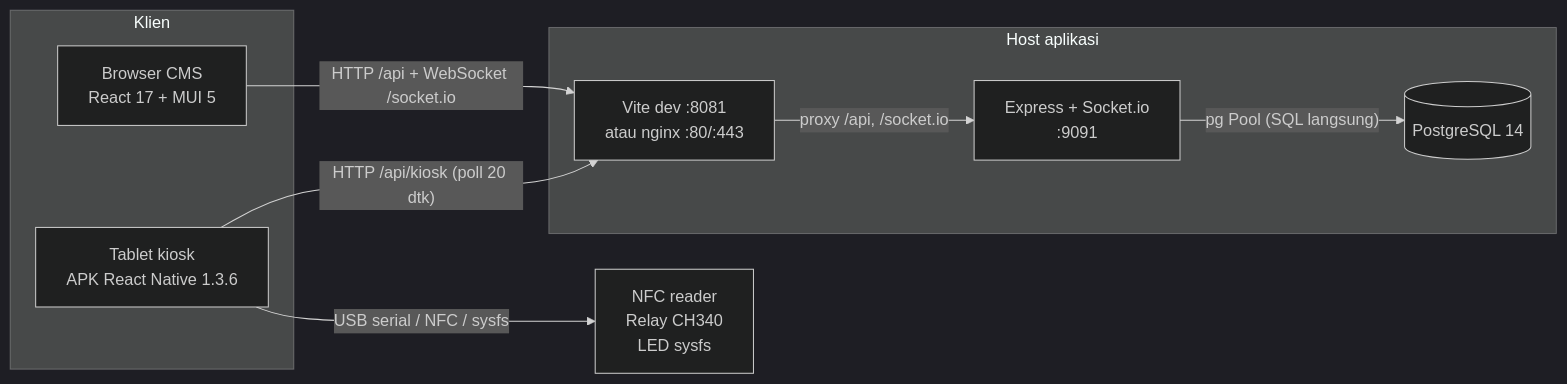
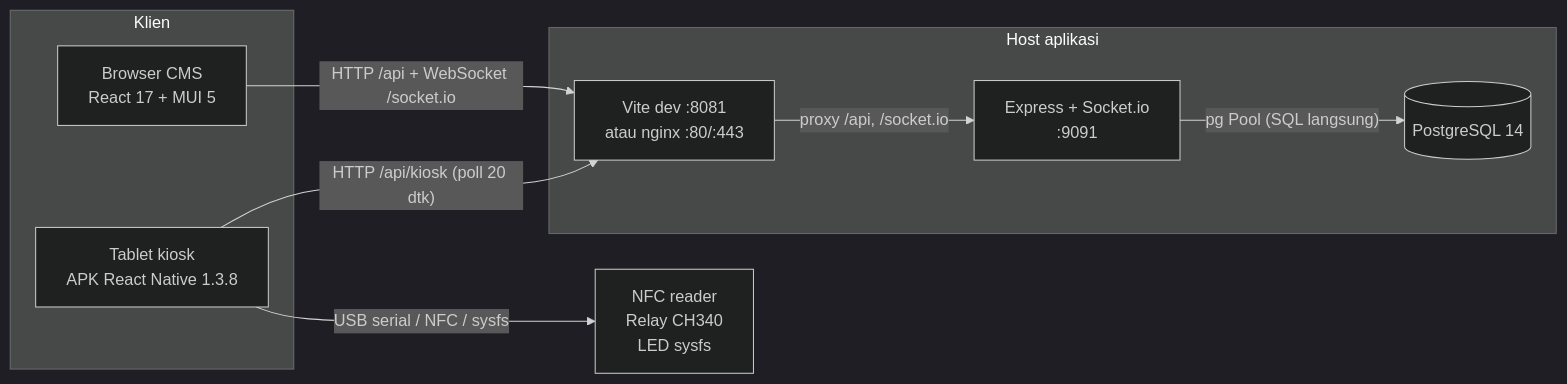
The first of 5 diagrams in docs/architecture.md (goodmeow/app_booking), drawn with Mermaid (dark theme) before and after one commit. The commit also changed other lines of this file and 4 other files, not shown here.

````diff
--- a/docs/architecture.md
+++ b/docs/architecture.md
@@ -28,21 +28,21 @@
 ```mermaid
 flowchart LR
   subgraph Klien
     CMS["Browser CMS<br/>React 17 + MUI 5"]
-    KIOSK["Tablet kiosk<br/>APK React Native 1.3.6"]
+    KIOSK["Tablet kiosk<br/>APK React Native 1.3.8"]
   end
 
   subgraph Host["Host aplikasi"]
     EDGE["Vite dev :8081<br/>atau nginx :80/:443"]
     API["Express + Socket.io<br/>:9091"]
     DB[("PostgreSQL 14")]
   end
 
   HW["NFC reader<br/>Relay CH340<br/>LED sysfs"]
 
   CMS -->|"HTTP /api + WebSocket /socket.io"| EDGE
   EDGE -->|"proxy /api, /socket.io"| API
   API -->|"pg Pool (SQL langsung)"| DB
   KIOSK -->|"HTTP /api/kiosk (poll 20 dtk)"| EDGE
   KIOSK -->|"USB serial / NFC / sysfs"| HW
 ```
````
